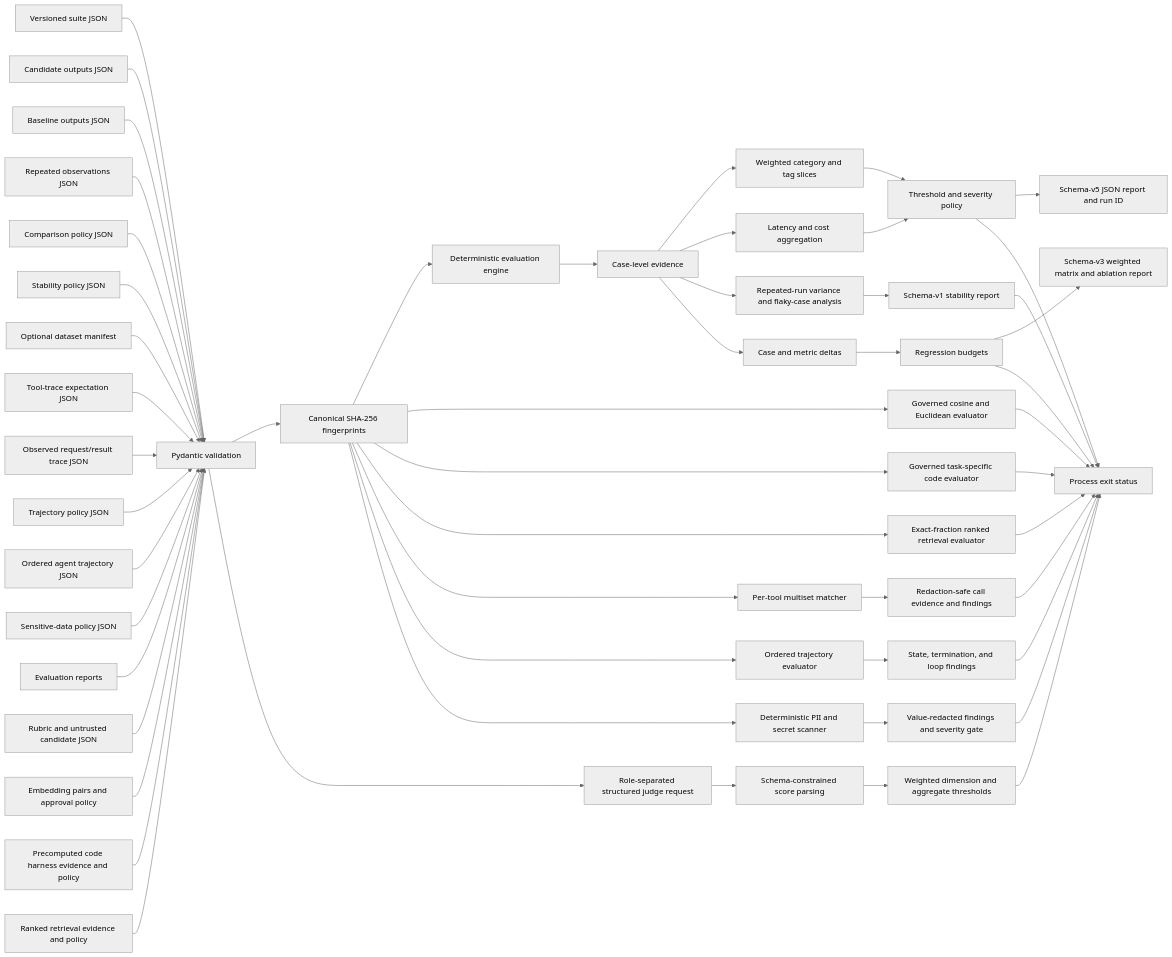
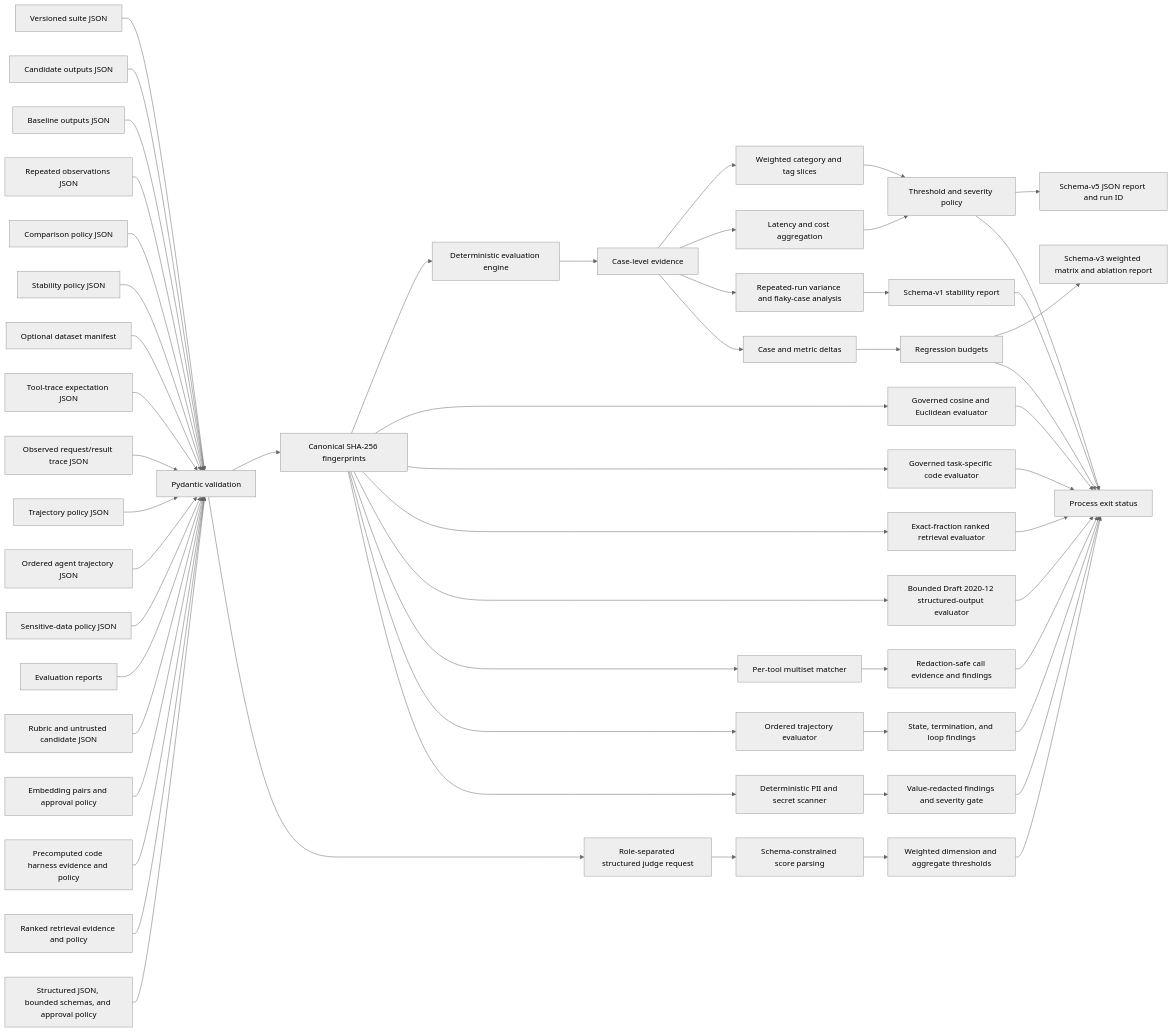
Before and after one commit to navaneeth9908/evalforge: the first of 2 diagrams in docs/architecture.md, drawn with Mermaid (neutral theme). The commit also changed other lines of this file and 14 other files, not shown here.

Commit message:
add governed structured output evaluation

````diff
--- a/docs/architecture.md
+++ b/docs/architecture.md
@@ -7,55 +7,58 @@
 ```mermaid
 flowchart LR
     S[Versioned suite JSON] --> V[Pydantic validation]
     O[Candidate outputs JSON] --> V
     B[Baseline outputs JSON] --> V
     N[Repeated observations JSON] --> V
     C[Comparison policy JSON] --> V
     Y[Stability policy JSON] --> V
     M[Optional dataset manifest] --> V
     U[Tool-trace expectation JSON] --> V
     K[Observed request/result trace JSON] --> V
     TP[Trajectory policy JSON] --> V
     AT[Ordered agent trajectory JSON] --> V
     SD[Sensitive-data policy JSON] --> V
     ER[Evaluation reports] --> V
     RB[Rubric and untrusted candidate JSON] --> V
     EM[Embedding pairs and approval policy] --> V
     CH[Precomputed code harness evidence and policy] --> V
     RE[Ranked retrieval evidence and policy] --> V
+    SO[Structured JSON, bounded schemas, and approval policy] --> V
     V --> H[Canonical SHA-256 fingerprints]
     V --> SJ[Role-separated structured judge request]
     SJ --> JS[Schema-constrained score parsing]
     JS --> JW[Weighted dimension and aggregate thresholds]
     JW --> X
     H --> E[Deterministic evaluation engine]
     H --> ES[Governed cosine and Euclidean evaluator]
     ES --> X
     H --> CE[Governed task-specific code evaluator]
     CE --> X
     H --> REE[Exact-fraction ranked retrieval evaluator]
     REE --> X
+    H --> SOE[Bounded Draft 2020-12 structured-output evaluator]
+    SOE --> X
     H --> L[Per-tool multiset matcher]
     H --> TE[Ordered trajectory evaluator]
     TE --> TF[State, termination, and loop findings]
     TF --> X[Process exit status]
     H --> LS[Deterministic PII and secret scanner]
     LS --> LF[Value-redacted findings and severity gate]
     LF --> X
     L --> F[Redaction-safe call evidence and findings]
     F --> X[Process exit status]
     E --> R[Case-level evidence]
     R --> W[Weighted category and tag slices]
     R --> P[Latency and cost aggregation]
     R --> T[Repeated-run variance and flaky-case analysis]
     W --> G[Threshold and severity policy]
     P --> G
     G --> J[Schema-v5 JSON report and run ID]
     G --> X[Process exit status]
     R --> D[Case and metric deltas]
     D --> Q[Regression budgets]
     Q --> A[Schema-v3 weighted matrix and ablation report]
     T --> Z[Schema-v1 stability report]
     Z --> X
     Q --> X
 ```
````
